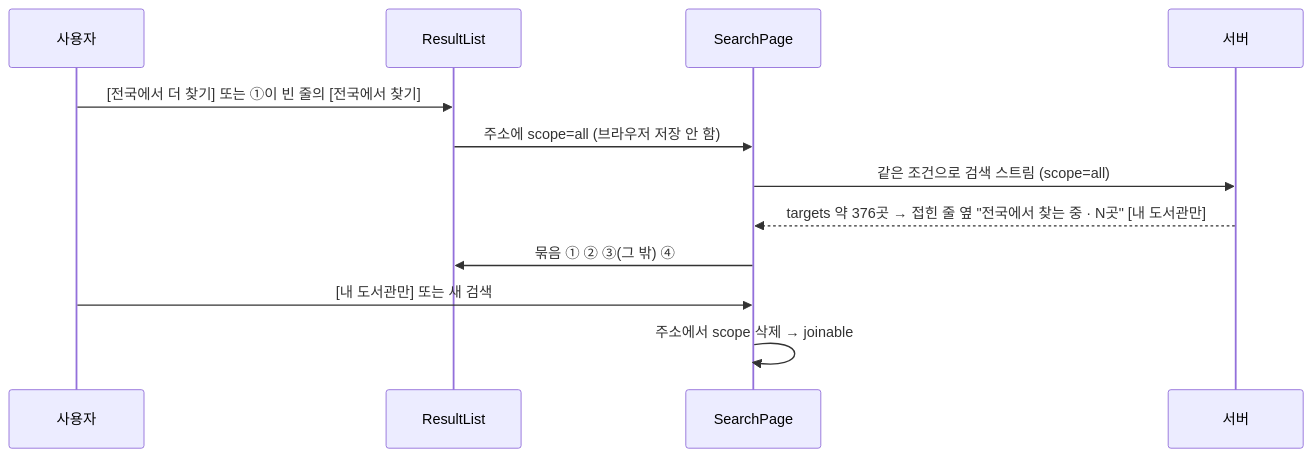
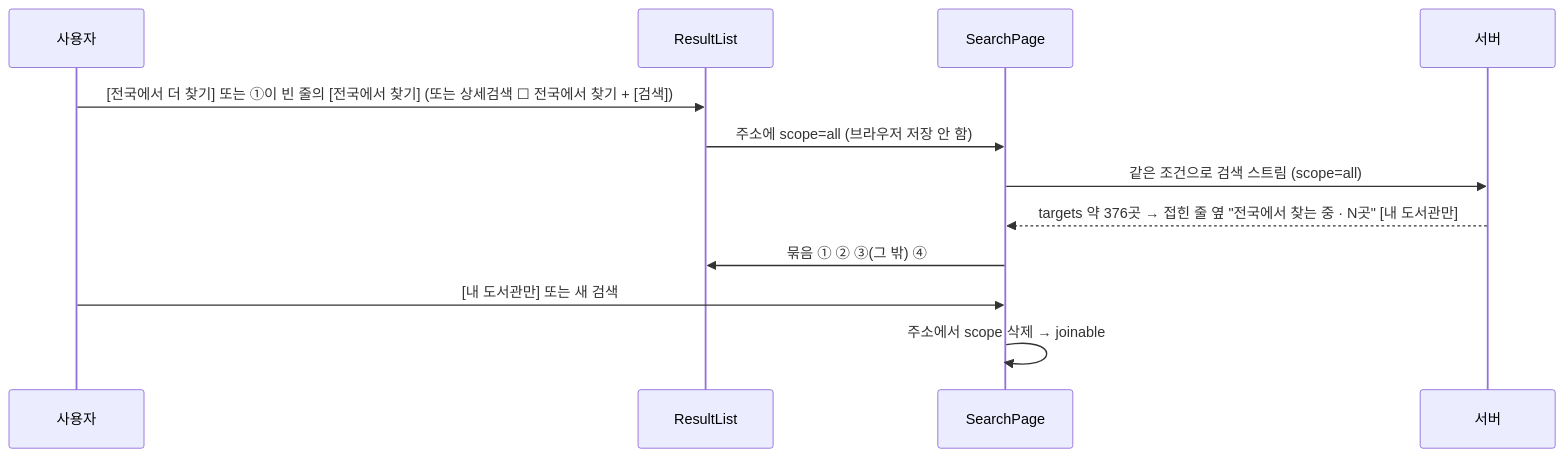
One commit to hodu-sketch/chaekcheck-plan changed the third of 6 diagrams in docs/cycles/22-first-screen-usability/design-delta.md. Above: the diagram before and after it, drawn with Mermaid. The commit also changed other lines of this file and 5 other files, not shown here.

````diff
--- a/docs/cycles/22-first-screen-usability/design-delta.md
+++ b/docs/cycles/22-first-screen-usability/design-delta.md
@@ -61,14 +61,14 @@
 ```mermaid
 sequenceDiagram
   participant U as 사용자
   participant RL as ResultList
   participant S1 as SearchPage
   participant API as 서버
-  U->>RL: [전국에서 더 찾기] 또는 ①이 빈 줄의 [전국에서 찾기]
+  U->>RL: [전국에서 더 찾기] 또는 ①이 빈 줄의 [전국에서 찾기] (또는 상세검색 ☐ 전국에서 찾기 + [검색])
   RL->>S1: 주소에 scope=all (브라우저 저장 안 함)
   S1->>API: 같은 조건으로 검색 스트림 (scope=all)
   API-->>S1: targets 약 376곳 → 접힌 줄 옆 "전국에서 찾는 중 · N곳" [내 도서관만]
   S1->>RL: 묶음 ① ② ③(그 밖) ④
   U->>S1: [내 도서관만] 또는 새 검색
   S1->>S1: 주소에서 scope 삭제 → joinable
 ```
````
